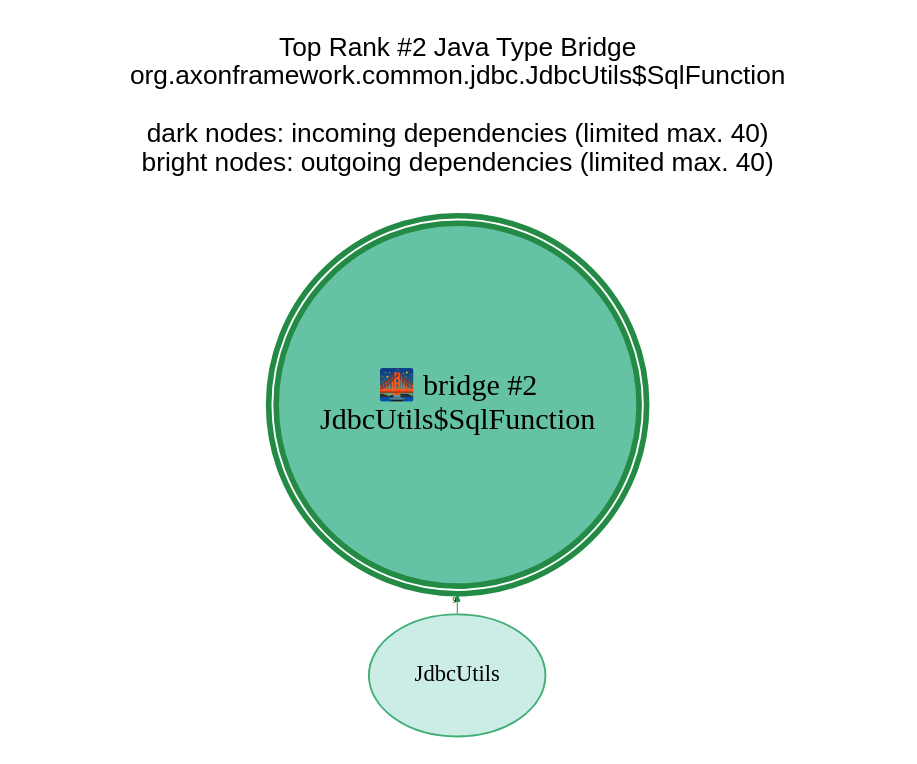
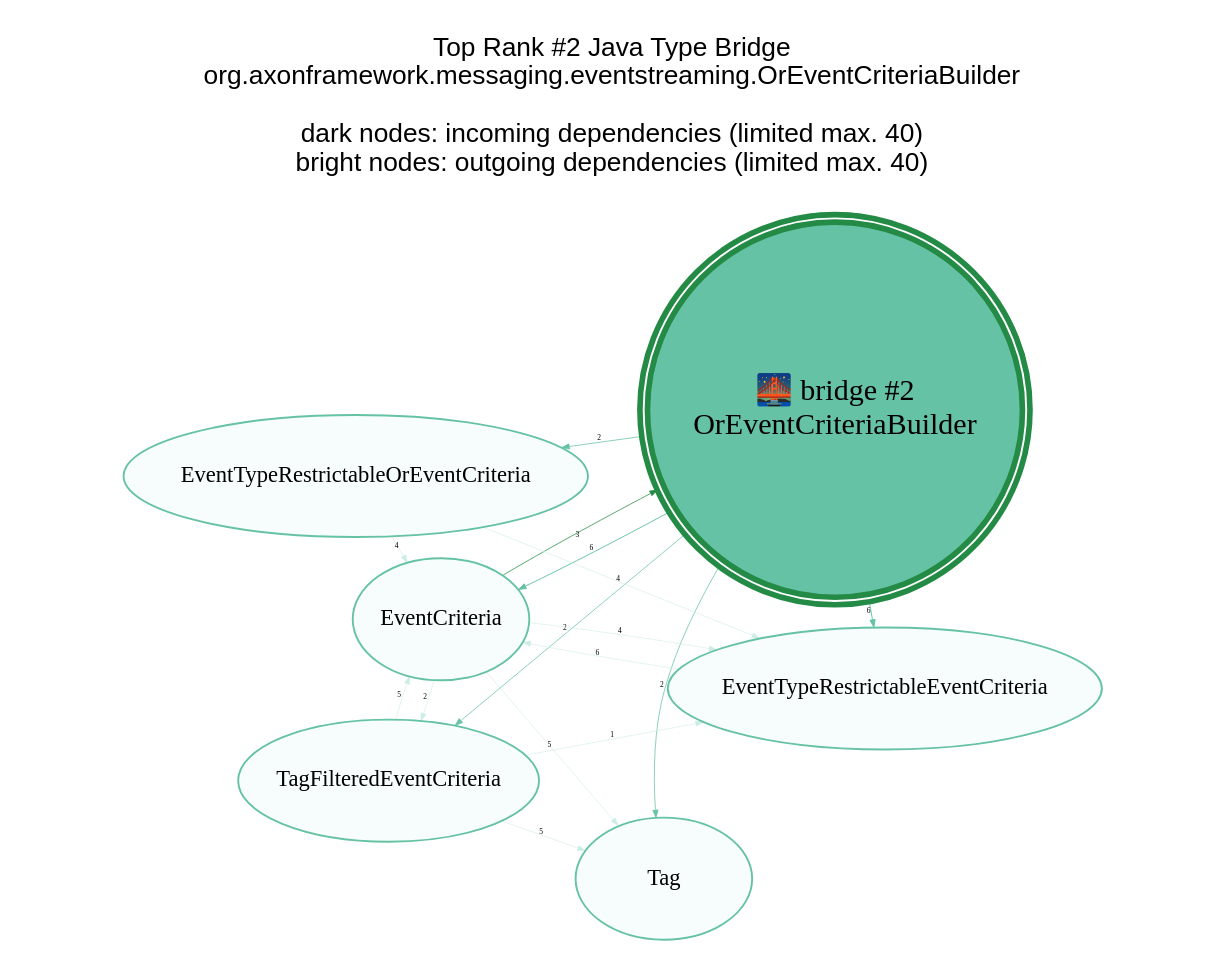
The diagram in analysis-results/AxonFramework/latest/anomaly-detection/Java_Type/GraphVisualizations/graphviz/TopBridge2.gv (JohT/code-graph-analysis-examples), drawn with Graphviz before and after one commit. The commit also changed 485 other files, not shown here.

```diff
--- a/analysis-results/AxonFramework/latest/anomaly-detection/Java_Type/GraphVisualizations/graphviz/TopBridge2.gv
+++ b/analysis-results/AxonFramework/latest/anomaly-detection/Java_Type/GraphVisualizations/graphviz/TopBridge2.gv
@@ -1,18 +1,32 @@
 // This GraphViz dot file was generated by the script convertQueryResultCsvToGraphVizDotFile.sh with TopCentral.template
 
 strict digraph TopBridge2 {
     graph [layout = "fdp"; start = "7"; splines = "spline"; pad = "0.8,0.1"; outputorder = "edgesfirst";];
     graph [fontname = "Helvetica,Arial,sans-serif"; labelloc = "t";];
     node [colorscheme = "bugn9"; color = 6; fillcolor = 3;];
     edge [colorscheme = "bugn9"; color = 7;];
     node [fontsize = 12; style = "filled"; margin = "0.03,0.03"; width="1.3"; height="0.9";];
     edge [fontsize = 4; arrowsize = "0.4";];
 
     central [shape = "doublecircle"; height = "2.0"; margin = "0.000001,0.000001";];
     central [fontsize = 16;];
     central [color = 7; fillcolor = 5; penwidth = 3;];
 
-	graph   [label="Top Rank #2 Java Type Bridge\norg.axonframework.common.jdbc.JdbcUtils$SqlFunction\n\ndark nodes: incoming dependencies (limited max. 40)\nbright nodes: outgoing dependencies (limited max. 40)\n\n"];
-	central [label="🌉 bridge #2\nJdbcUtils$SqlFunction"];
-	"JdbcUtils_33443" [label = "JdbcUtils"; ]; "JdbcUtils_33443" -> central [label=9; weight=9; penwidth=0.5];
+	graph   [label="Top Rank #2 Java Type Bridge\norg.axonframework.messaging.eventstreaming.OrEventCriteriaBuilder\n\ndark nodes: incoming dependencies (limited max. 40)\nbright nodes: outgoing dependencies (limited max. 40)\n\n"];
+	central [label="🌉 bridge #2\nOrEventCriteriaBuilder"];
+	"EventCriteria_11787" [label = "EventCriteria"; ]; "EventCriteria_11787" -> central [label=3; weight=3; penwidth=0.4];
+	"EventCriteria_11787" [label = "EventCriteria"; color = 5; fillcolor = 1; ]; central -> "EventCriteria_11787" [label=6; weight=6; penwidth=0.5; color = 5];
+	"EventTypeRestrictableEventCriteria_11796" [label = "EventTypeRestrictableEventCriteria"; color = 5; fillcolor = 1; ]; central -> "EventTypeRestrictableEventCriteria_11796" [label=6; weight=6; penwidth=0.5; color = 5];
+	"EventTypeRestrictableOrEventCriteria_16647" [label = "EventTypeRestrictableOrEventCriteria"; color = 5; fillcolor = 1; ]; central -> "EventTypeRestrictableOrEventCriteria_16647" [label=2; weight=2; penwidth=0.4; color = 5];
+	"Tag_15736" [label = "Tag"; color = 5; fillcolor = 1; ]; central -> "Tag_15736" [label=2; weight=2; penwidth=0.4; color = 5];
+	"TagFilteredEventCriteria_15738" [label = "TagFilteredEventCriteria"; color = 5; fillcolor = 1; ]; central -> "TagFilteredEventCriteria_15738" [label=2; weight=2; penwidth=0.4; color = 5];
+	"EventTypeRestrictableEventCriteria_11796" -> "EventCriteria_11787" [label=6; weight=6; penwidth=0.3; color = 3]
+	"EventCriteria_11787" -> "Tag_15736" [label=5; weight=5; penwidth=0.3; color = 3]
+	"TagFilteredEventCriteria_15738" -> "EventCriteria_11787" [label=5; weight=5; penwidth=0.3; color = 3]
+	"TagFilteredEventCriteria_15738" -> "Tag_15736" [label=5; weight=5; penwidth=0.3; color = 3]
+	"EventCriteria_11787" -> "EventTypeRestrictableEventCriteria_11796" [label=4; weight=4; penwidth=0.3; color = 3]
+	"EventTypeRestrictableOrEventCriteria_16647" -> "EventTypeRestrictableEventCriteria_11796" [label=4; weight=4; penwidth=0.3; color = 3]
+	"EventTypeRestrictableOrEventCriteria_16647" -> "EventCriteria_11787" [label=4; weight=4; penwidth=0.3; color = 3]
+	"EventCriteria_11787" -> "TagFilteredEventCriteria_15738" [label=2; weight=2; penwidth=0.3; color = 3]
+	"TagFilteredEventCriteria_15738" -> "EventTypeRestrictableEventCriteria_11796" [label=1; weight=1; penwidth=0.3; color = 3]
 }
```
